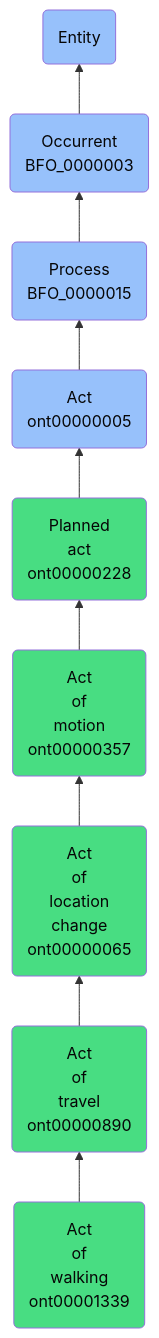
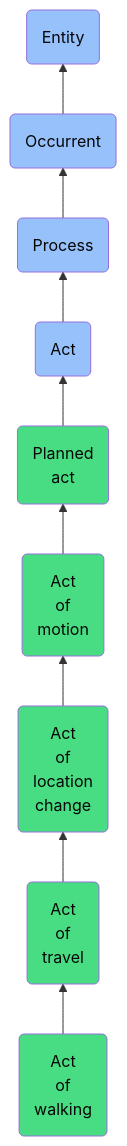
The diagram in docs/ontology/reference/model/Entity/Occurrent/Process/Act/Planned act/Act of motion/Act of location change/Act of travel/Act of walking/Act of walking.md (jupyter-naas/abi), drawn with Mermaid before and after one commit. The commit also changed other lines of this file and 1430 other files, not shown here.

````diff
--- a/docs/ontology/reference/model/Entity/Occurrent/Process/Act/Planned act/Act of motion/Act of location change/Act of travel/Act of walking/Act of walking.md
+++ b/docs/ontology/reference/model/Entity/Occurrent/Process/Act/Planned act/Act of motion/Act of location change/Act of travel/Act of walking/Act of walking.md
@@ -24,16 +24,16 @@
 ```mermaid
 graph BT
-    ont00001339(Act<br>of<br>walking<br>ont00001339):::ABI-->ont00000890
-    ont00000890(Act<br>of<br>travel<br>ont00000890):::ABI-->ont00000065
-    ont00000065(Act<br>of<br>location<br>change<br>ont00000065):::ABI-->ont00000357
-    ont00000357(Act<br>of<br>motion<br>ont00000357):::ABI-->ont00000228
-    ont00000228(Planned<br>act<br>ont00000228):::ABI-->ont00000005
-    ont00000005(Act<br>ont00000005):::BFO-->BFO_0000015
-    BFO_0000015(Process<br>BFO_0000015):::BFO-->BFO_0000003
-    BFO_0000003(Occurrent<br>BFO_0000003):::BFO-->BFO_0000001
+    ont00001339(Act<br>of<br>walking):::ABI-->ont00000890
+    ont00000890(Act<br>of<br>travel):::ABI-->ont00000065
+    ont00000065(Act<br>of<br>location<br>change):::ABI-->ont00000357
+    ont00000357(Act<br>of<br>motion):::ABI-->ont00000228
+    ont00000228(Planned<br>act):::ABI-->ont00000005
+    ont00000005(Act):::BFO-->BFO_0000015
+    BFO_0000015(Process):::BFO-->BFO_0000003
+    BFO_0000003(Occurrent):::BFO-->BFO_0000001
     BFO_0000001(Entity):::BFO
     
     classDef BFO fill:#97c1fb,color:#060606
     classDef CCO fill:#e4c51e,color:#060606
     classDef ABI fill:#48DD82,color:#060606
 ```
````
